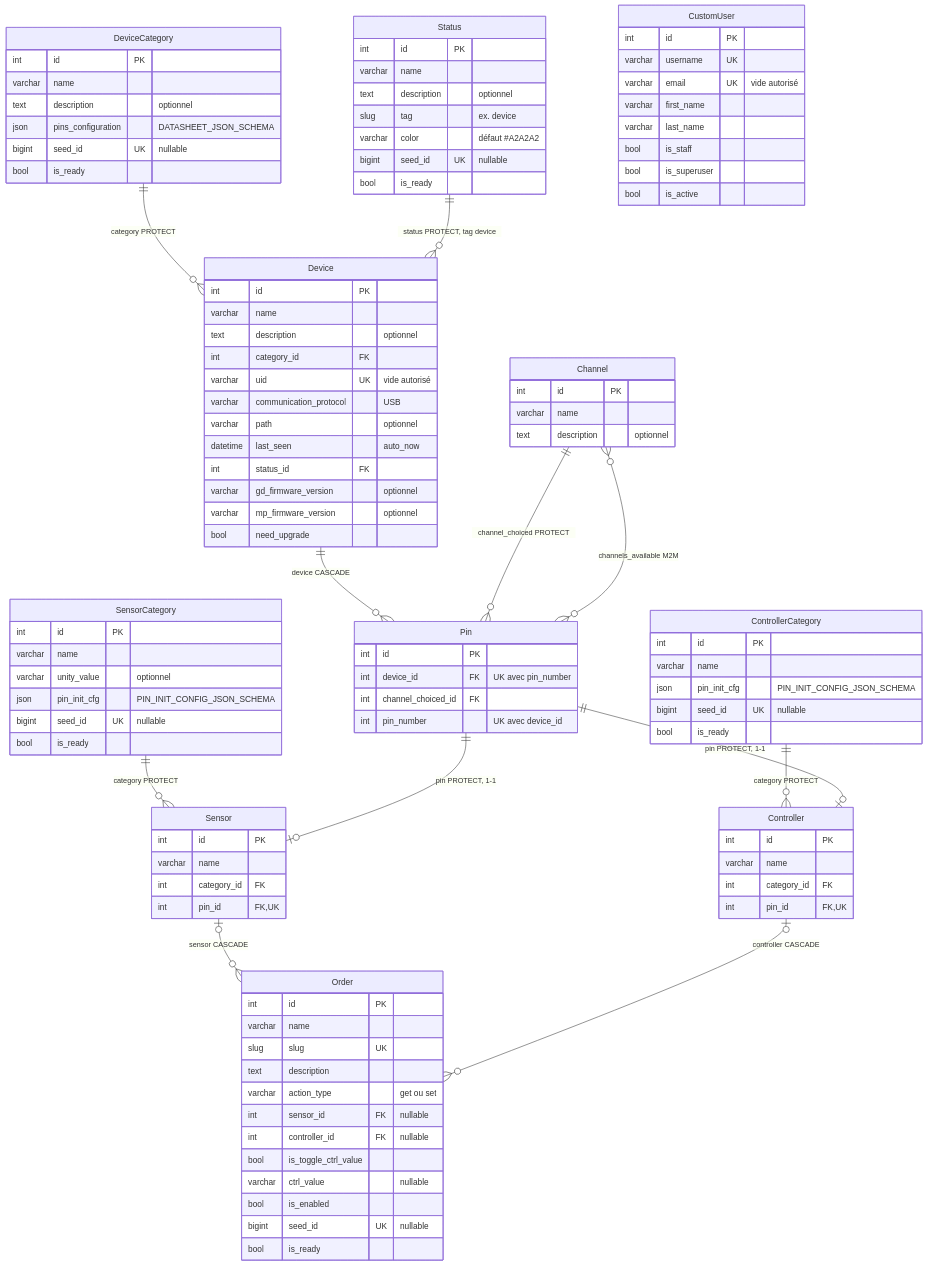
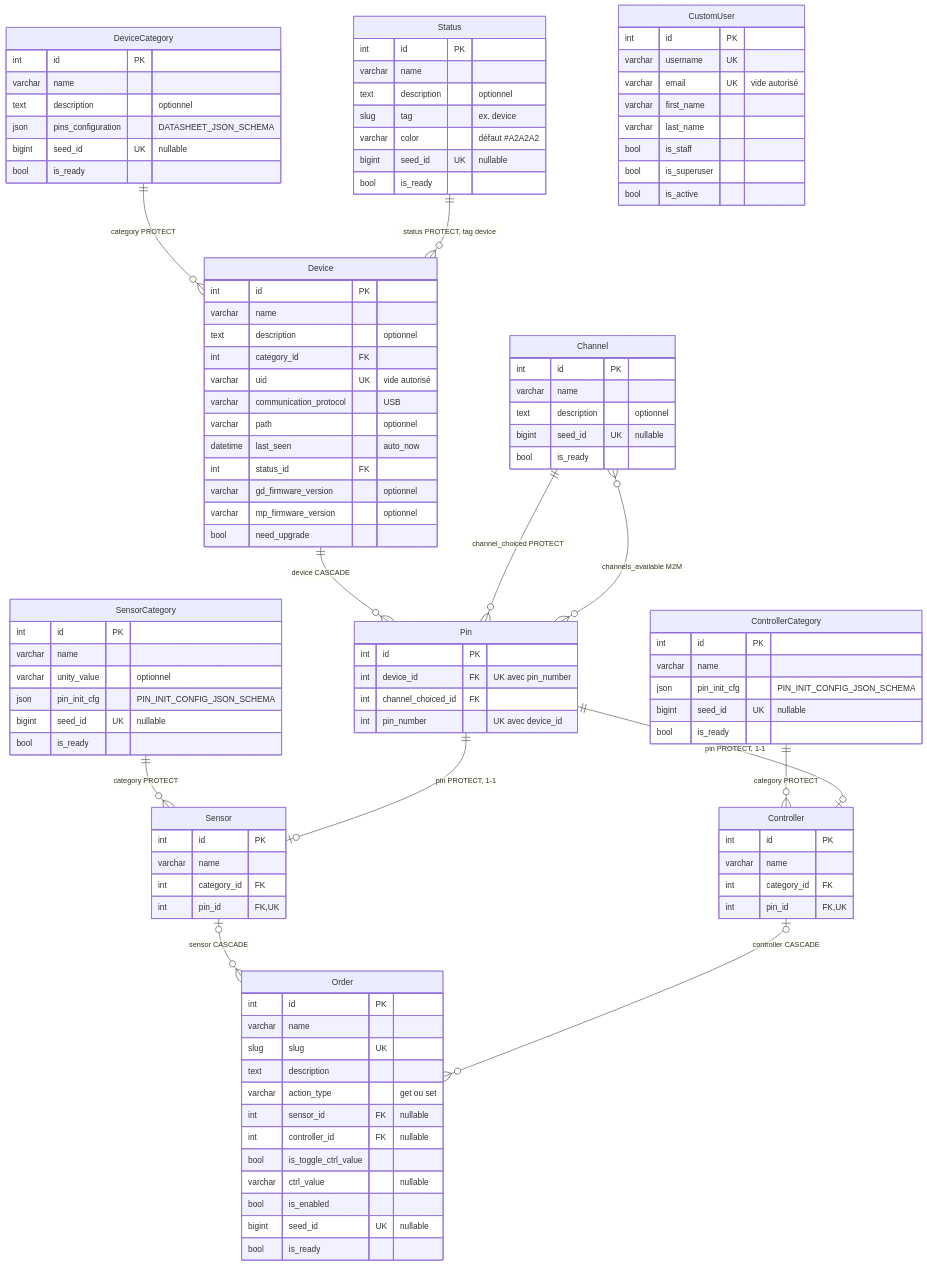
One commit to riderflo85/gardenIQ-back changed the diagram in docs/modele-de-donnees.md. Above: the diagram before and after it, drawn with Mermaid. The commit also changed other lines of this file and 15 other files, not shown here.

```diff
--- a/docs/modele-de-donnees.md
+++ b/docs/modele-de-donnees.md
@@ -46,6 +46,8 @@
         int id PK
         varchar name
         text description "optionnel"
+        bigint seed_id UK "nullable"
+        bool is_ready
     }
 
     Pin {
```
